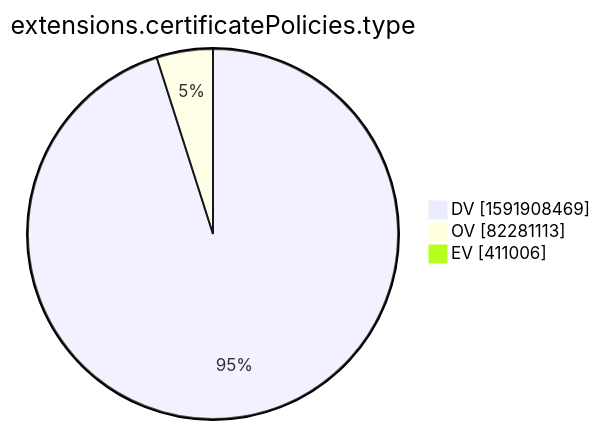
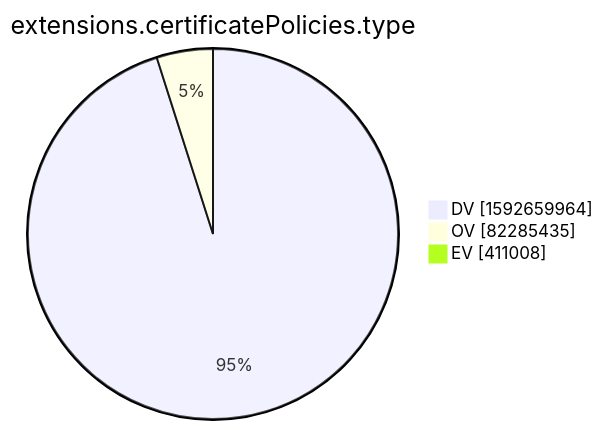
The tenth of 15 diagrams in xenon2022/README.md (christiankrug/ctmonitor_visualization), drawn with Mermaid before and after one commit. The commit also changed other lines of this file, not shown here.

````diff
--- a/xenon2022/README.md
+++ b/xenon2022/README.md
@@ -2878,7 +2878,7 @@
 ```mermaid
 pie showData
 title extensions.certificatePolicies.type
-"DV" :1591908469
-"OV" :82281113
-"EV" :411006
+"DV" :1592659964
+"OV" :82285435
+"EV" :411008
 ```
````
